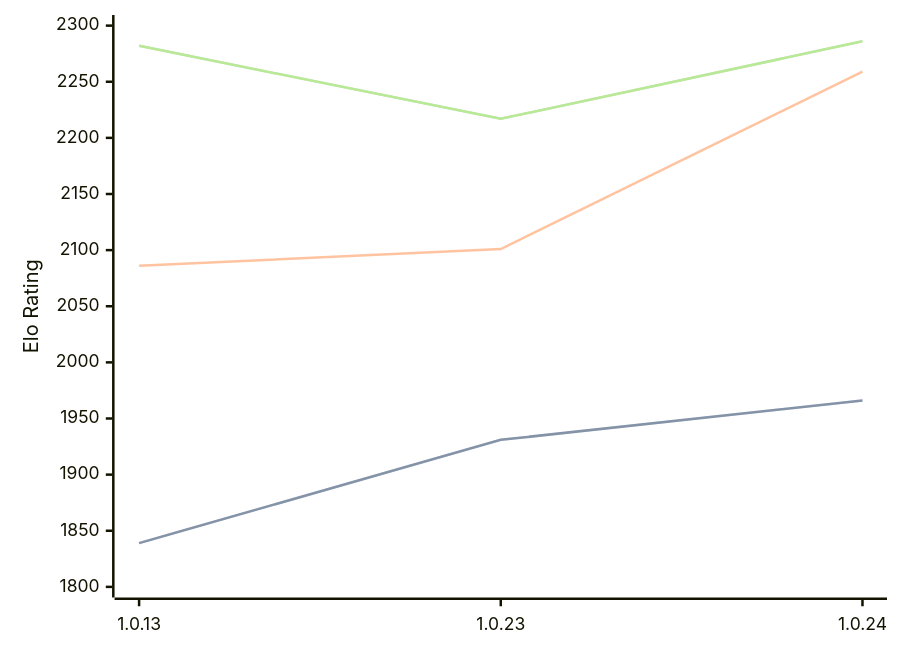
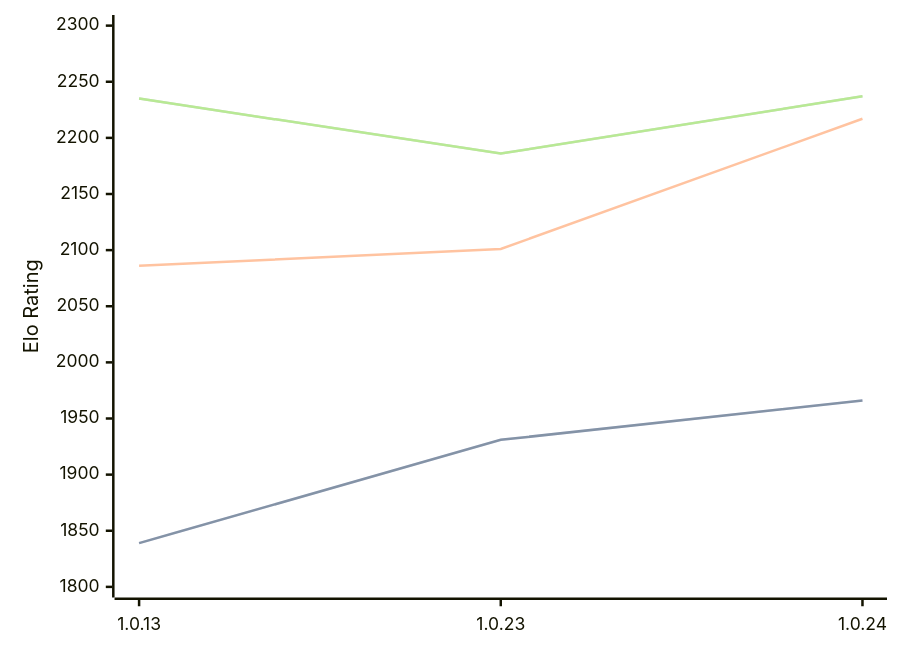
The diagram in engines/RustyRival.md (computer-chess-index/cci), drawn with Mermaid before and after one commit. The commit also changed other lines of this file, not shown here.

Commit message:
Update CCI Ratings (ELO VLTC) - 2026-02-23

````diff
--- a/engines/RustyRival.md
+++ b/engines/RustyRival.md
@@ -53,11 +53,11 @@
 ```mermaid
 %%{init: {"theme":"base","themeVariables":{"seriesColors:['#a3a3a3','#222221','#faa371']}}}%%
 xychart-beta
   x-axis ["1.0.13", "1.0.23", "1.0.24"]
   y-axis "Elo Rating" 1800 --> 2300
   line "STC (8.0+0.08s)" [1839, 1931, 1966]
   line "STC (8.0+0.08s)" [1839, 1931, 1966]
-  line "LTC (60.0+0.60s)" [2086, 2101, 2259]
-  line "VLTC (2m24s+1.12s)" [2282, 2217, 2286]
-  line "VLTC (2m24s+1.12s)" [2282, 2217, 2286]
+  line "LTC (60.0+0.60s)" [2086, 2101, 2217]
+  line "VLTC (2m24s+1.12s)" [2235, 2186, 2237]
+  line "VLTC (2m24s+1.12s)" [2235, 2186, 2237]
 ```
````
